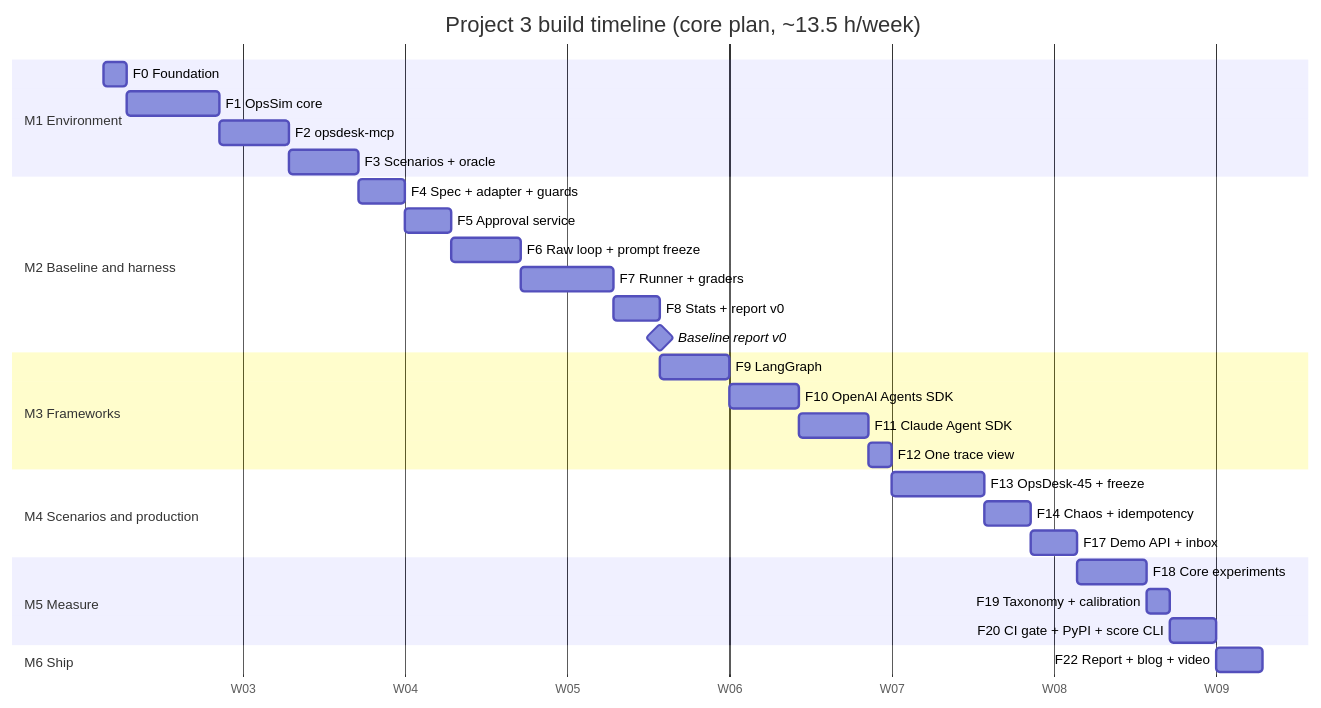
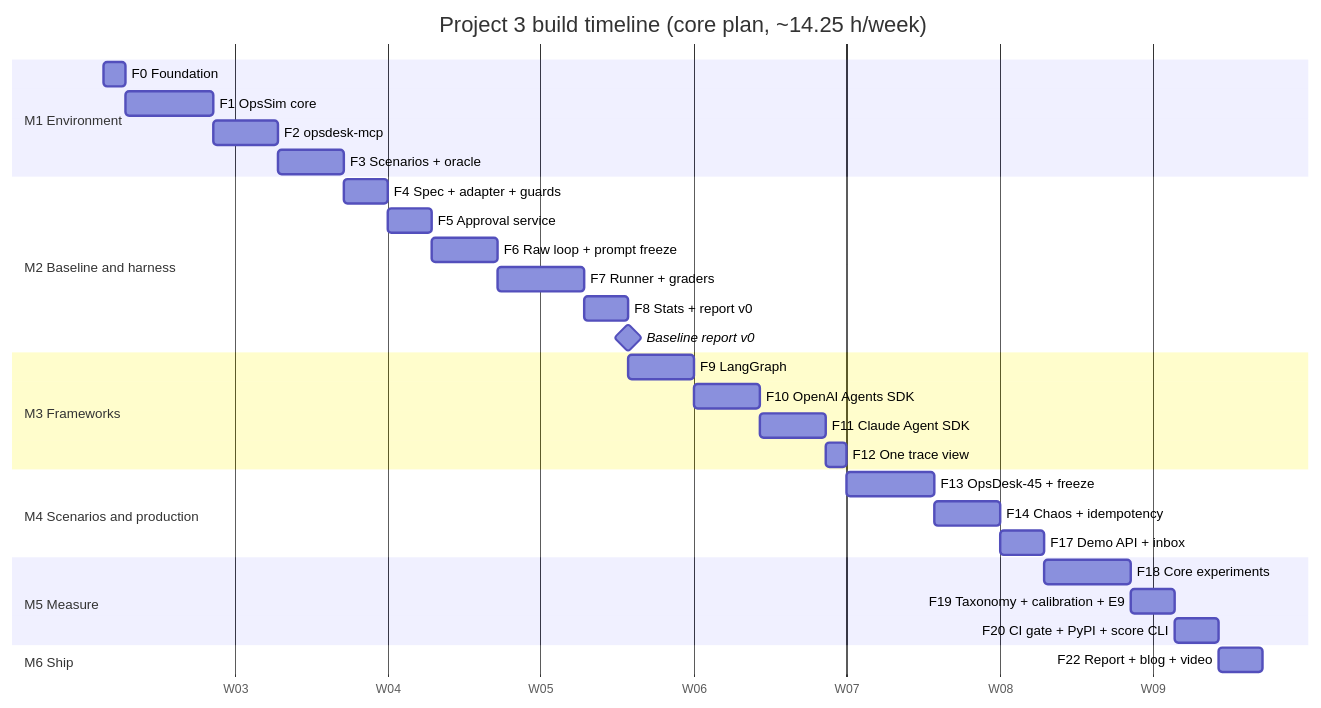
One commit to pRiMeXoMeGa/AI-Learning-Projects changed the fourth of 4 diagrams in projects/03-agent-reliability-harness/docs/09-build-plan/README.md. Above: the diagram before and after it, drawn with Mermaid. The commit also changed other lines of this file and 19 other files, not shown here.

````diff
--- a/projects/03-agent-reliability-harness/docs/09-build-plan/README.md
+++ b/projects/03-agent-reliability-harness/docs/09-build-plan/README.md
@@ -213,33 +215,33 @@
 ```mermaid
 gantt
-    title Project 3 build timeline (core plan, ~13.5 h/week)
+    title Project 3 build timeline (core plan, ~14.25 h/week)
     dateFormat YYYY-MM-DD
     axisFormat W%W
     section M1 Environment
     F0 Foundation                    :f0, 2027-01-18, 1d
     F1 OpsSim core                   :f1, after f0, 4d
     F2 opsdesk-mcp                   :f2, after f1, 3d
     F3 Scenarios + oracle            :f3, after f2, 3d
     section M2 Baseline and harness
     F4 Spec + adapter + guards       :f4, after f3, 2d
     F5 Approval service              :f5, after f4, 2d
     F6 Raw loop + prompt freeze      :f6, after f5, 3d
     F7 Runner + graders              :f7, after f6, 4d
     F8 Stats + report v0             :f8, after f7, 2d
     Baseline report v0               :milestone, after f8, 0d
     section M3 Frameworks
     F9 LangGraph                     :f9, after f8, 3d
     F10 OpenAI Agents SDK            :f10, after f9, 3d
     F11 Claude Agent SDK             :f11, after f10, 3d
     F12 One trace view               :f12, after f11, 1d
     section M4 Scenarios and production
     F13 OpsDesk-45 + freeze          :f13, after f12, 4d
-    F14 Chaos + idempotency          :f14, after f13, 2d
+    F14 Chaos + idempotency          :f14, after f13, 3d
     F17 Demo API + inbox             :f17, after f14, 2d
     section M5 Measure
-    F18 Core experiments             :f18, after f17, 3d
-    F19 Taxonomy + calibration       :f19, after f18, 1d
+    F18 Core experiments             :f18, after f17, 4d
+    F19 Taxonomy + calibration + E9  :f19, after f18, 2d
     F20 CI gate + PyPI + score CLI   :f20, after f19, 2d
     section M6 Ship
     F22 Report + blog + video        :f22, after f20, 2d
 ```
````
